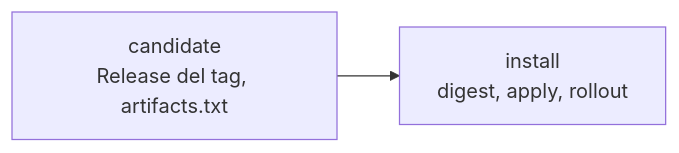
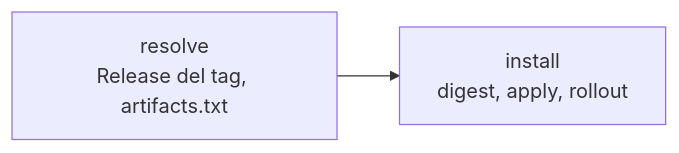
Before and after one commit to H-EALTH/shared-workflows: the second of 2 diagrams in docs/cd.md, drawn with Mermaid. The commit also changed other lines of this file and 12 other files, not shown here.

First line of the commit message:
Rename CD flows and stations to the QMS vocabulary

````diff
--- a/docs/cd.md
+++ b/docs/cd.md
@@ -116,4 +116,4 @@
 ```mermaid
 flowchart LR
-    C["candidate<br>Release del tag, artifacts.txt"] --> I["install<br>digest, apply, rollout"]
+    R["resolve<br>Release del tag, artifacts.txt"] --> I["install<br>digest, apply, rollout"]
 ```
````
